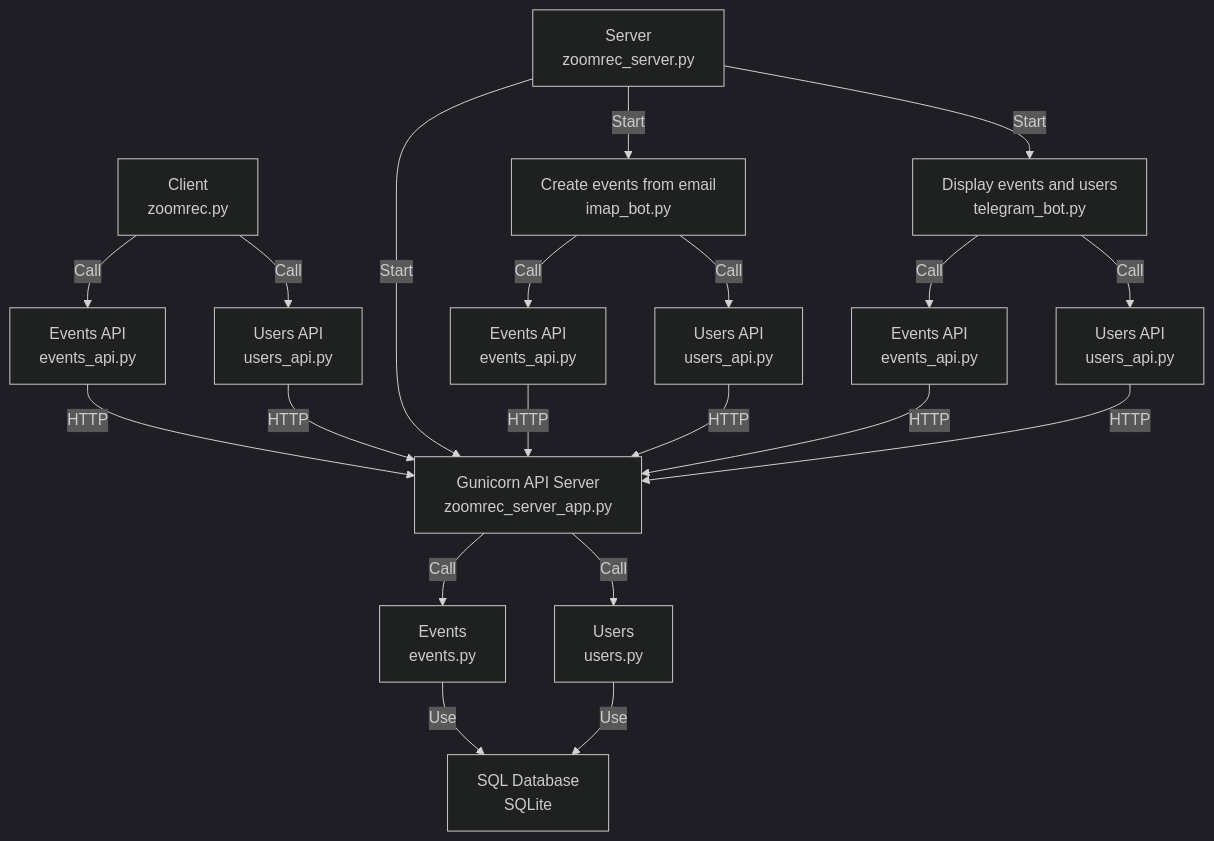
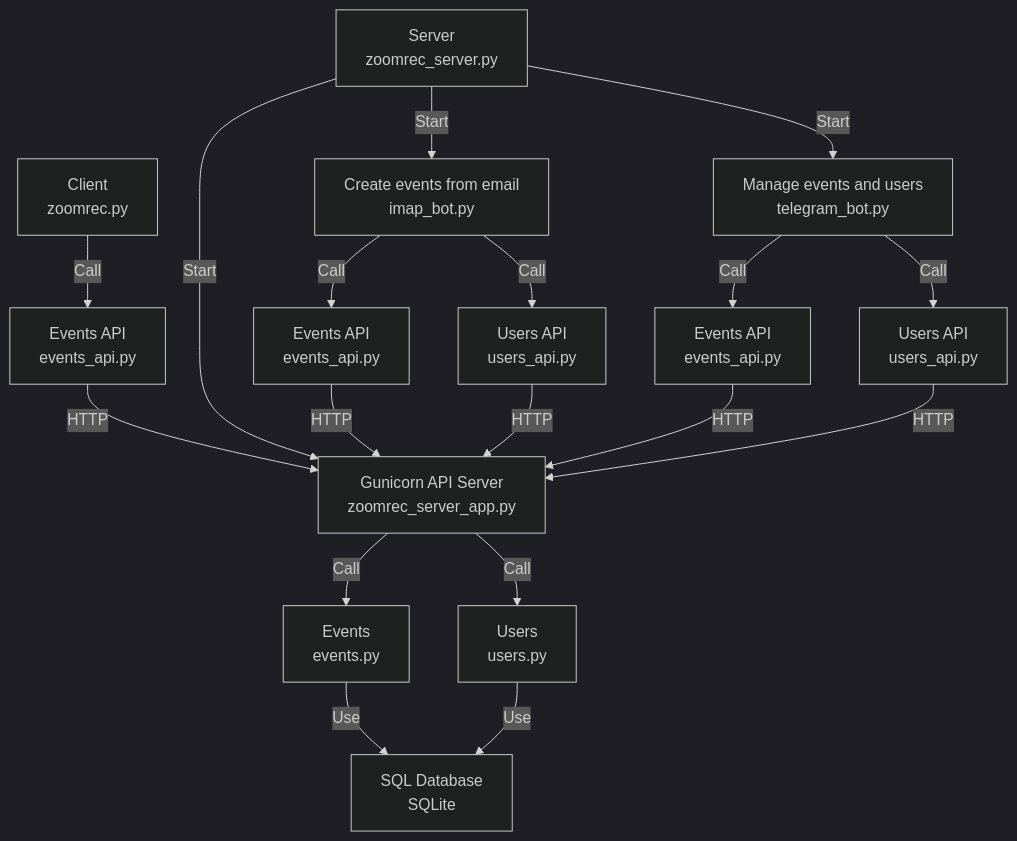
The diagram in architecture.mermaid (rkilchmn/zoomrec), drawn with Mermaid (dark theme) before and after one commit.

Commit message:
removing users from client

```diff
--- a/architecture.mermaid
+++ b/architecture.mermaid
@@ -1,22 +1,20 @@
 graph TD
     C[Client\nzoomrec.py] 
     C -->|Call| EAc[Events API\nevents_api.py]
-    C -->|Call| UAc[Users API\nusers_api.py]
     EAc -->|HTTP| A
-    UAc -->|HTTP| A
     S[Server\nzoomrec_server.py] 
     S -->|Start| A[Gunicorn API Server\nzoomrec_server_app.py]
     A -->|Call| E[Events\nevents.py]
     A -->|Call| U[Users\nusers.py]
     E -->|Use| DB[SQL Database\nSQLite]
     U -->|Use| DB[SQL Database\nSQLite]
     S -->|Start| I[Create events from email\nimap_bot.py]
-    S -->|Start| T[Display events and users\ntelegram_bot.py]
+    S -->|Start| T[Manage events and users\ntelegram_bot.py]
     I -->|Call| EAi[Events API\nevents_api.py]
     I -->|Call| UAi[Users API\nusers_api.py]
     EAi -->|HTTP| A
     UAi -->|HTTP| A
     T -->|Call| EAt[Events API\nevents_api.py]
     T -->|Call| UAt[Users API\nusers_api.py]
     EAt -->|HTTP| A
     UAt -->|HTTP| A
```
